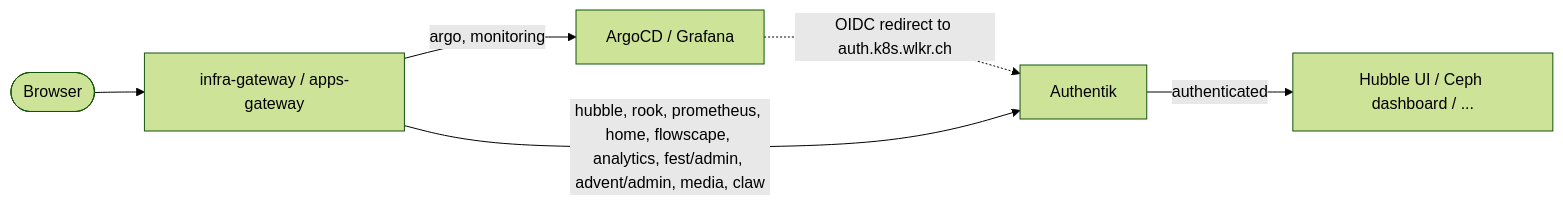
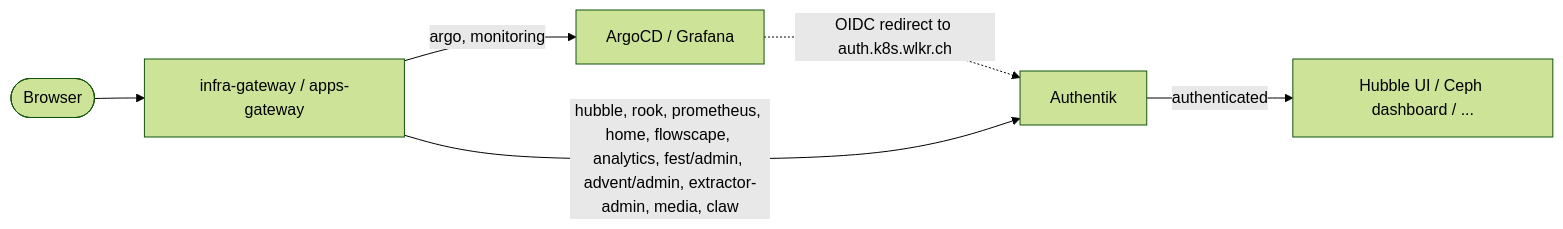
The diagram in docs/platform/authentik.md (JanWelker/homelab), drawn with Mermaid (forest theme) before and after one commit. The commit also changed other lines of this file and 3 other files, not shown here.

First line of the commit message:
feat(authentik): the Extractor admin UI behind the outpost (#1274)

````diff
--- a/docs/platform/authentik.md
+++ b/docs/platform/authentik.md
@@ -42,8 +42,8 @@
 ```mermaid
 flowchart LR
     U([Browser]) --> GW[infra-gateway / apps-gateway]
     GW -->|argo, monitoring| APP[ArgoCD / Grafana]
     APP -.->|OIDC redirect to auth.k8s.wlkr.ch| AK[Authentik]
-    GW -->|hubble, rook, prometheus, home, flowscape, analytics, fest/admin, advent/admin, media, claw| AK
+    GW -->|hubble, rook, prometheus, home, flowscape, analytics, fest/admin, advent/admin, extractor-admin, media, claw| AK
     AK -->|authenticated| BE[Hubble UI / Ceph dashboard / ...]
 ```
````
